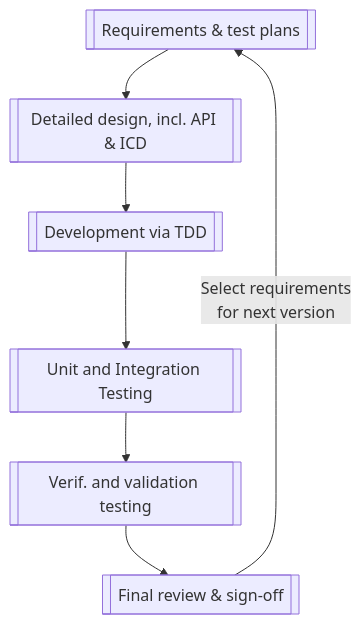
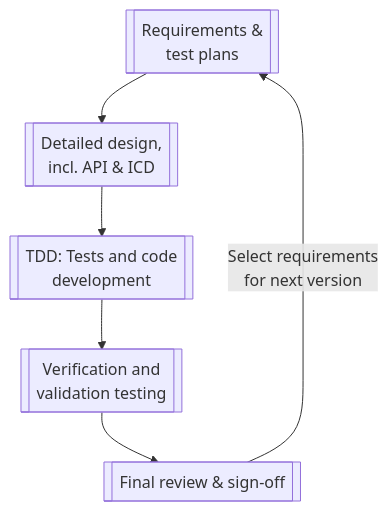
The first of 4 diagrams in docs/process/process.md (nyx-space/quality-assurance), drawn with Mermaid before and after one commit. The commit also changed 3 other files, not shown here.

````diff
--- a/docs/process/process.md
+++ b/docs/process/process.md
@@ -3,5 +3,5 @@
 ``` mermaid
 graph TD
-  A[[Requirements & test plans]] --> B[[Detailed design, incl. API & ICD]] --> C[[Development via TDD]] --> D[[Unit and Integration Testing]] --> E[[Verif. and validation testing]] --> F[[Final review & sign-off]]
-  F --> |Select requirements <br/> for next version| A
+  A[[Requirements & <br/> test plans]] --> B[[Detailed design, <br/>incl. API & ICD]] --> C[[TDD: Tests and code  <br/>development]] --> D[[Verification and <br/> validation testing]] --> E[[Final review & sign-off]]
+  E --> |Select requirements <br/> for next version| A
 ```
````
